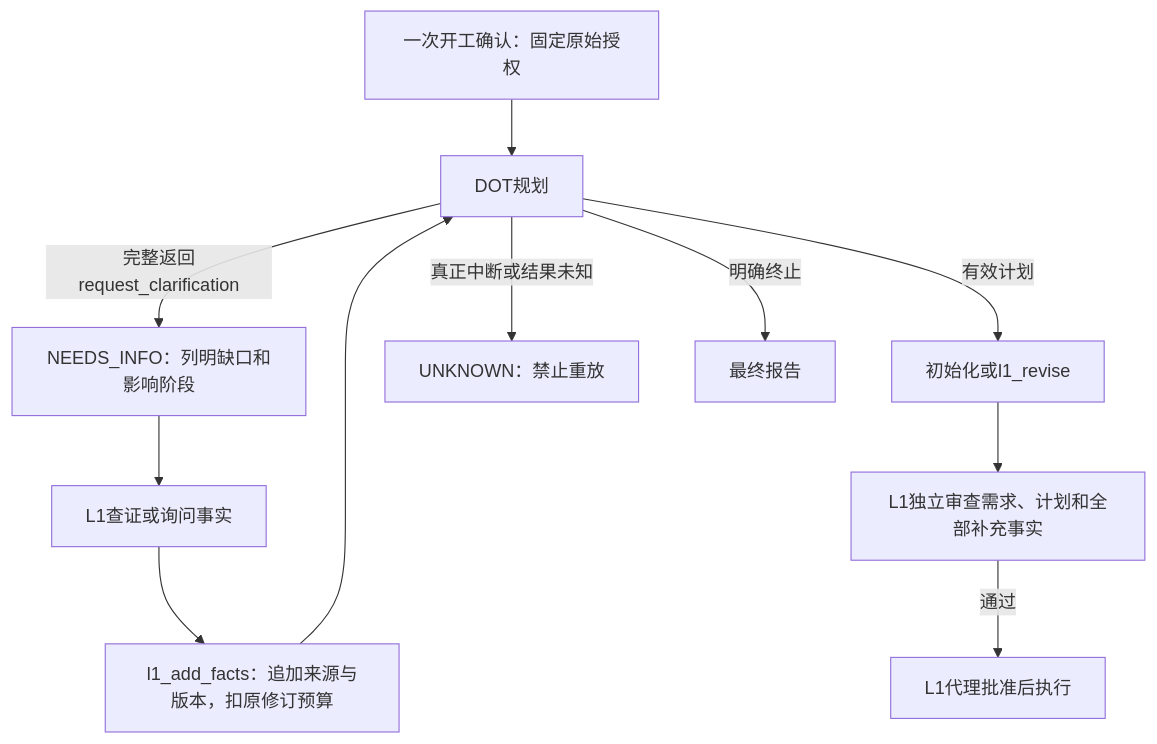
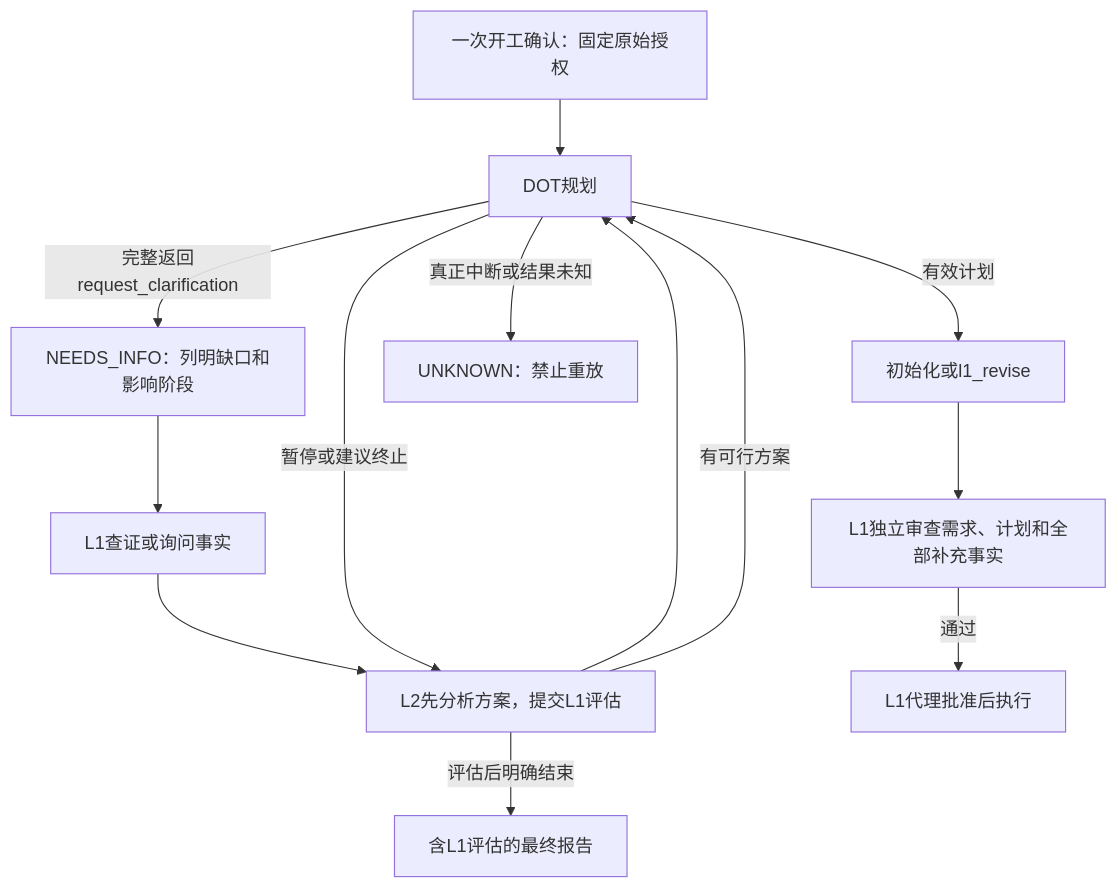
Before and after one commit to Merrychen-CMY/AI-Programming-Workflow: the diagram in docs/guides/clarifications.md, drawn with Mermaid. The commit also changed 59 other files, not shown here.

````diff
--- a/docs/guides/clarifications.md
+++ b/docs/guides/clarifications.md
@@ -19,13 +19,15 @@
 ```mermaid
 flowchart TD
  A[一次开工确认：固定原始授权] --> B[DOT规划]
  B -->|完整返回request_clarification| C[NEEDS_INFO：列明缺口和影响阶段]
  C --> D[L1查证或询问事实]
  D --> E[l1_add_facts：追加来源与版本，扣原修订预算]
  E --> B
  B -->|有效计划| F[初始化或l1_revise]
  F --> G[L1独立审查需求、计划和全部补充事实]
  G -->|通过| H[L1代理批准后执行]
  B -->|真正中断或结果未知| X[UNKNOWN：禁止重放]
- B -->|明确终止| Y[最终报告]
+ B -->|暂停或建议终止| E[L2先分析方案，提交L1评估]
+ E -->|评估后明确结束| Y[含L1评估的最终报告]
+ E -->|有可行方案| B
 ```
````
